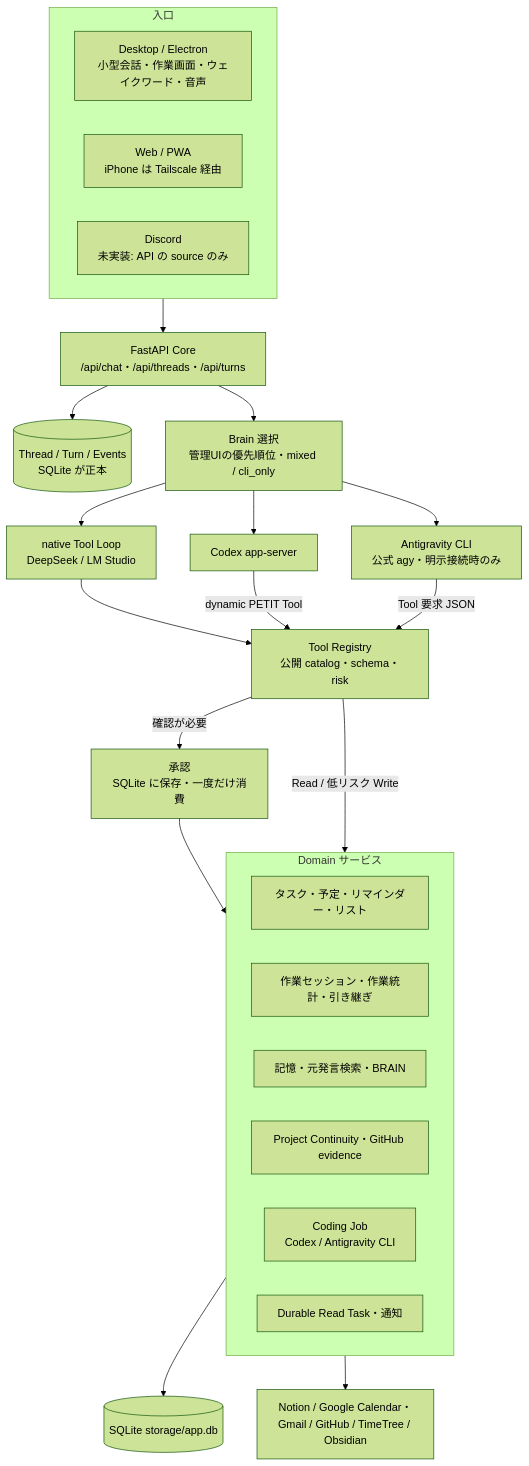
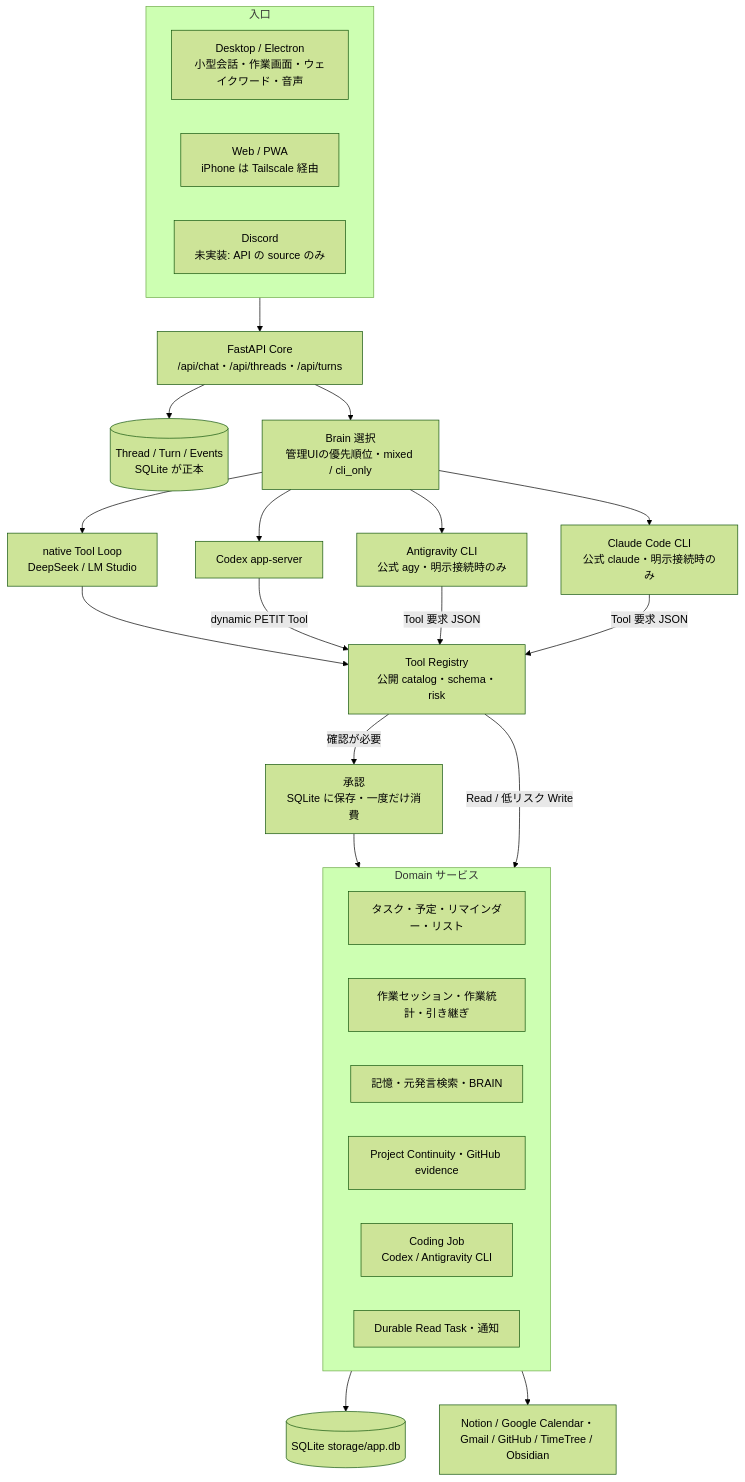
The diagram in docs/architecture.md (Soso2e/PETIT), drawn with Mermaid (forest theme) before and after one commit. The commit also changed other lines of this file and 28 other files, not shown here.

First line of the commit message:
feat: Claude Code CLIをExecutorとして追加し既定順位を方針順へ (v0.44.0)

````diff
--- a/docs/architecture.md
+++ b/docs/architecture.md
@@ -13,36 +13,38 @@
 ```mermaid
 flowchart TD
     subgraph Channels[入口]
         Desktop[Desktop / Electron<br/>小型会話・作業画面・ウェイクワード・音声]
         Web[Web / PWA<br/>iPhone は Tailscale 経由]
         Discord[Discord<br/>未実装: API の source のみ]
     end
 
     Channels --> API[FastAPI Core<br/>/api/chat・/api/threads・/api/turns]
     API --> Ledger[(Thread / Turn / Events<br/>SQLite が正本)]
     API --> Select[Brain 選択<br/>管理UIの優先順位・mixed / cli_only]
 
     Select --> Native[native Tool Loop<br/>DeepSeek / LM Studio]
     Select --> Codex[Codex app-server]
     Select --> Agy[Antigravity CLI<br/>公式 agy・明示接続時のみ]
+    Select --> Claude[Claude Code CLI<br/>公式 claude・明示接続時のみ]
 
     Native --> Gate[Tool Registry<br/>公開 catalog・schema・risk]
     Codex -->|dynamic PETIT Tool| Gate
     Agy -->|Tool 要求 JSON| Gate
+    Claude -->|Tool 要求 JSON| Gate
 
     Gate -->|確認が必要| Approval[承認<br/>SQLite に保存・一度だけ消費]
     Approval --> Domain
     Gate -->|Read / 低リスク Write| Domain
 
     subgraph Domain[Domain サービス]
         Life[タスク・予定・リマインダー・リスト]
         Work[作業セッション・作業統計・引き継ぎ]
         Memory[記憶・元発言検索・BRAIN]
         Project[Project Continuity・GitHub evidence]
         Coding[Coding Job<br/>Codex / Antigravity CLI]
         Jobs[Durable Read Task・通知]
     end
 
     Domain --> Store[(SQLite storage/app.db)]
     Domain --> External[Notion / Google Calendar・Gmail / GitHub / TimeTree / Obsidian]
 ```
````
